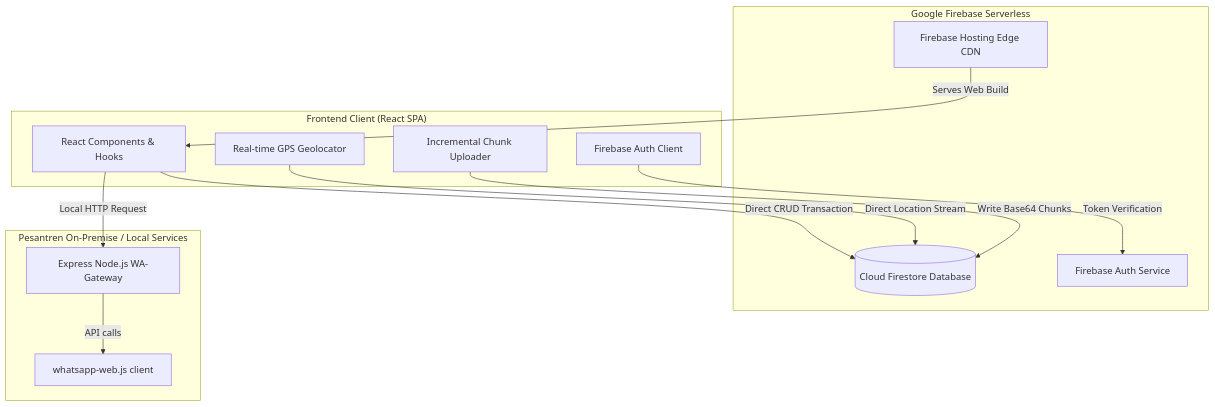
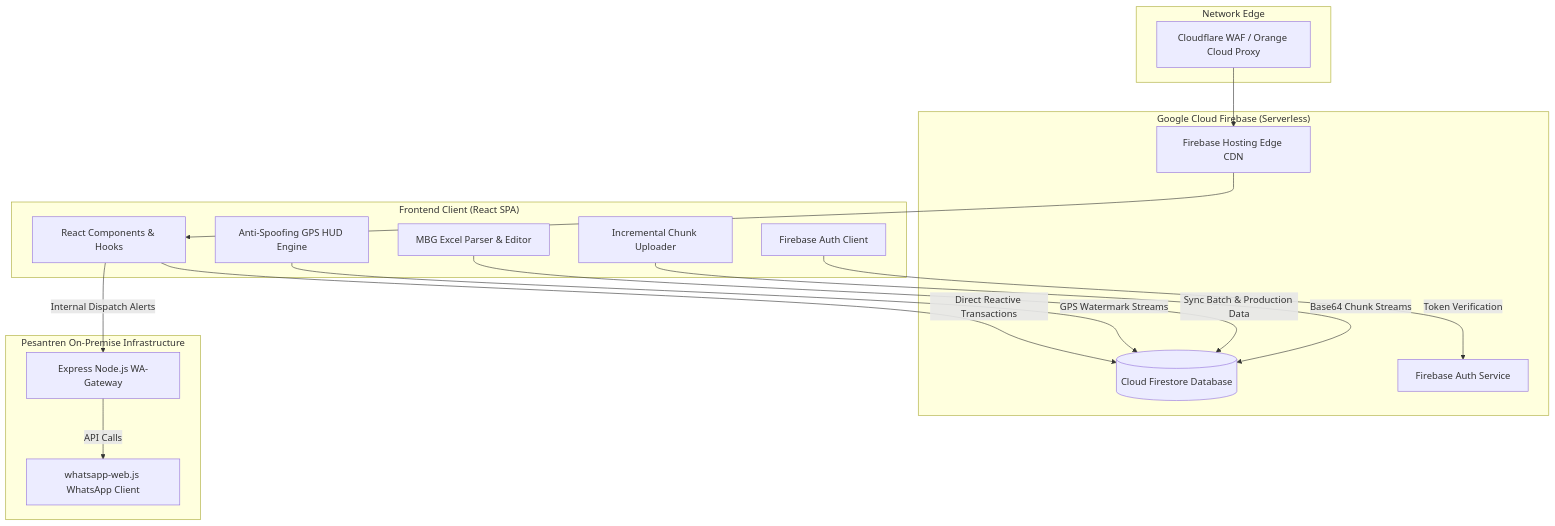
The first of 2 diagrams in README.md (gariiriana/Al---Umana-Koperasi), drawn with Mermaid before and after one commit. The commit also changed other lines of this file, not shown here.

Commit message:
docs: update README.md with MBG ecosystem, excel parser, live recalculation, and firestore quota optimizations

````diff
--- a/README.md
+++ b/README.md
@@ -77,29 +78,36 @@
 ```mermaid
 graph TB
     subgraph Client["Frontend Client (React SPA)"]
         UI[React Components & Hooks]
-        GPS[Real-time GPS Geolocator]
+        MBGParser[MBG Excel Parser & Editor]
+        GPS[Anti-Spoofing GPS HUD Engine]
         Chunker[Incremental Chunk Uploader]
         Auth[Firebase Auth Client]
     end
 
-    subgraph FirebaseCloud["Google Firebase Serverless"]
+    subgraph FirebaseCloud["Google Cloud Firebase (Serverless)"]
         Firestore[(Cloud Firestore Database)]
         FBAuth[Firebase Auth Service]
         FBHosting[Firebase Hosting Edge CDN]
     end
 
-    subgraph localServices["Pesantren On-Premise / Local Services"]
-        WAGateway[Express Node.js WA-Gateway]
-        WABot[whatsapp-web.js client]
+    subgraph Edge["Network Edge"]
+        CF[Cloudflare WAF / Orange Cloud Proxy]
     end
 
-    FBHosting -->|Serves Web Build| UI
-    UI -->|Direct CRUD Transaction| Firestore
-    GPS -->|Direct Location Stream| Firestore
-    Chunker -->|Write Base64 Chunks| Firestore
+    subgraph LocalServices["Pesantren On-Premise Infrastructure"]
+        WAGateway[Express Node.js WA-Gateway]
+        WABot[whatsapp-web.js WhatsApp Client]
+    end
+
+    CF --> FBHosting
+    FBHosting --> UI
+    UI -->|Direct Reactive Transactions| Firestore
+    GPS -->|GPS Watermark Streams| Firestore
+    MBGParser -->|Sync Batch & Production Data| Firestore
+    Chunker -->|Base64 Chunk Streams| Firestore
     Auth -->|Token Verification| FBAuth
     
-    UI -->|Local HTTP Request| WAGateway
-    WAGateway -->|API calls| WABot
+    UI -->|Internal Dispatch Alerts| WAGateway
+    WAGateway -->|API Calls| WABot
 ```
````
